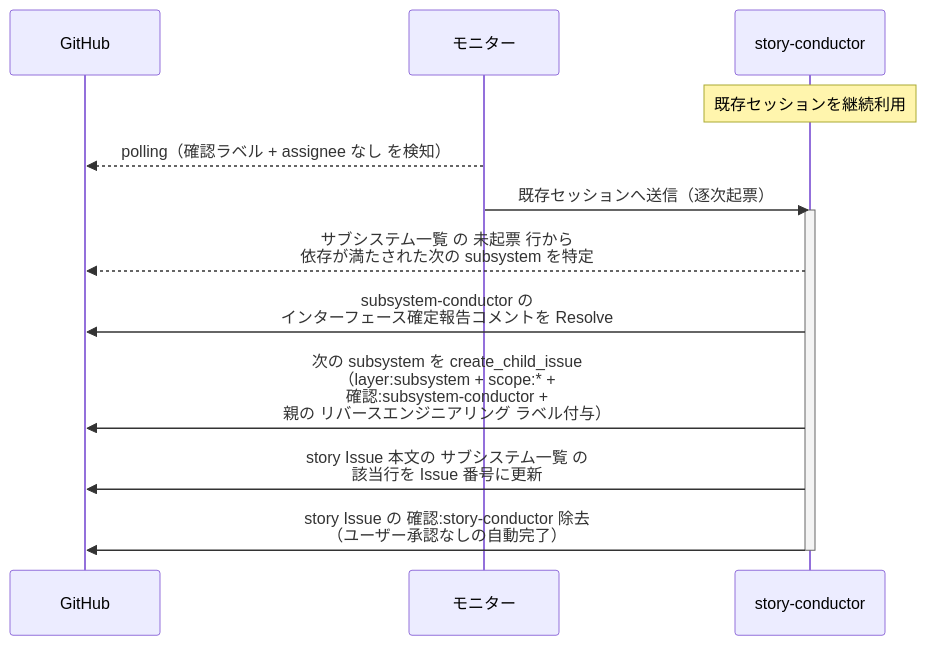
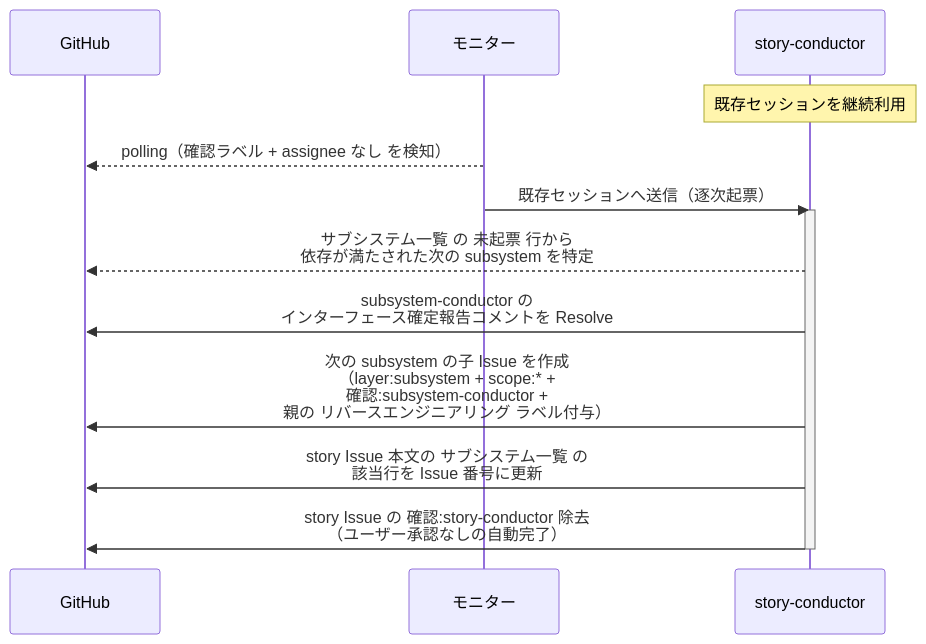
One commit to shuhei1101/ai-monitor changed the second of 2 diagrams in docs/wiki/設計図/シナリオ/単一ユースケース/子subsystem起票.md. Above: the diagram before and after it, drawn with Mermaid. The commit also changed other lines of this file and 304 other files, not shown here.

````diff
--- a/docs/wiki/設計図/シナリオ/単一ユースケース/子subsystem起票.md
+++ b/docs/wiki/設計図/シナリオ/単一ユースケース/子subsystem起票.md
@@ -71,17 +71,17 @@
 ```mermaid
 sequenceDiagram
   participant GH as GitHub
   participant ORC as モニター
   participant MON as story-conductor
 
   Note over MON: 既存セッションを継続利用
   ORC-->>GH: polling（確認ラベル + assignee なし を検知）
   ORC->>MON: 既存セッションへ送信（逐次起票）
   activate MON
   MON-->>GH: サブシステム一覧 の 未起票 行から<br>依存が満たされた次の subsystem を特定
   MON->>GH: subsystem-conductor の<br>インターフェース確定報告コメントを Resolve
-  MON->>GH: 次の subsystem を create_child_issue<br>（layer:subsystem + scope:* +<br>確認:subsystem-conductor +<br>親の リバースエンジニアリング ラベル付与）
+  MON->>GH: 次の subsystem の子 Issue を作成<br>（layer:subsystem + scope:* +<br>確認:subsystem-conductor +<br>親の リバースエンジニアリング ラベル付与）
   MON->>GH: story Issue 本文の サブシステム一覧 の<br>該当行を Issue 番号に更新
   MON->>GH: story Issue の 確認:story-conductor 除去<br>（ユーザー承認なしの自動完了）
   deactivate MON
 ```
````
